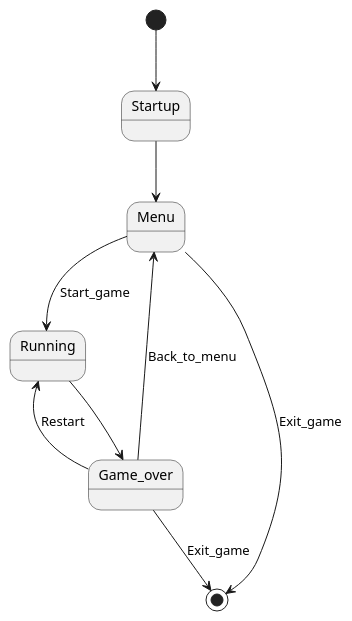
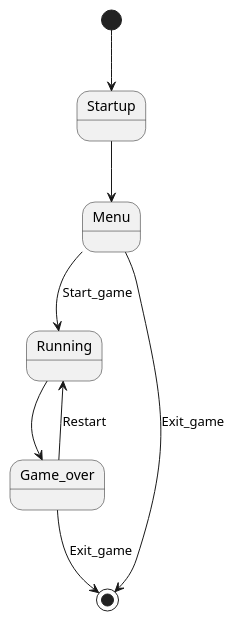
Before and after one commit to Smevold/TTK4155-Byggern: the diagram in state-diagram.puml, drawn with PlantUML. The commit also changed 5 other files, not shown here.

```diff
--- a/state-diagram.puml
+++ b/state-diagram.puml
@@ -1,12 +1,11 @@
 @startuml game_states
 skinparam backgroundColor white
 
 [*] --> Startup
 Startup --> Menu
 Menu --> Running : Start_game
 Running --> Game_over 
-Game_over --> Menu : Back_to_menu
 Game_over --> Running : Restart
 Game_over --> [*] : Exit_game
 Menu --> [*] : Exit_game
 @enduml
```
